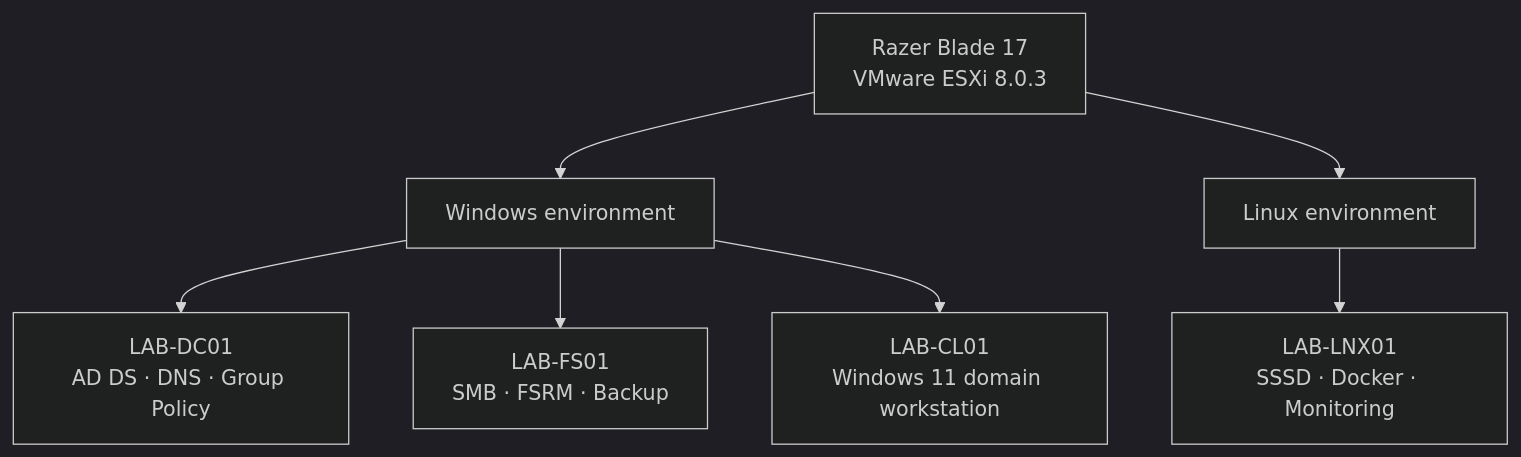
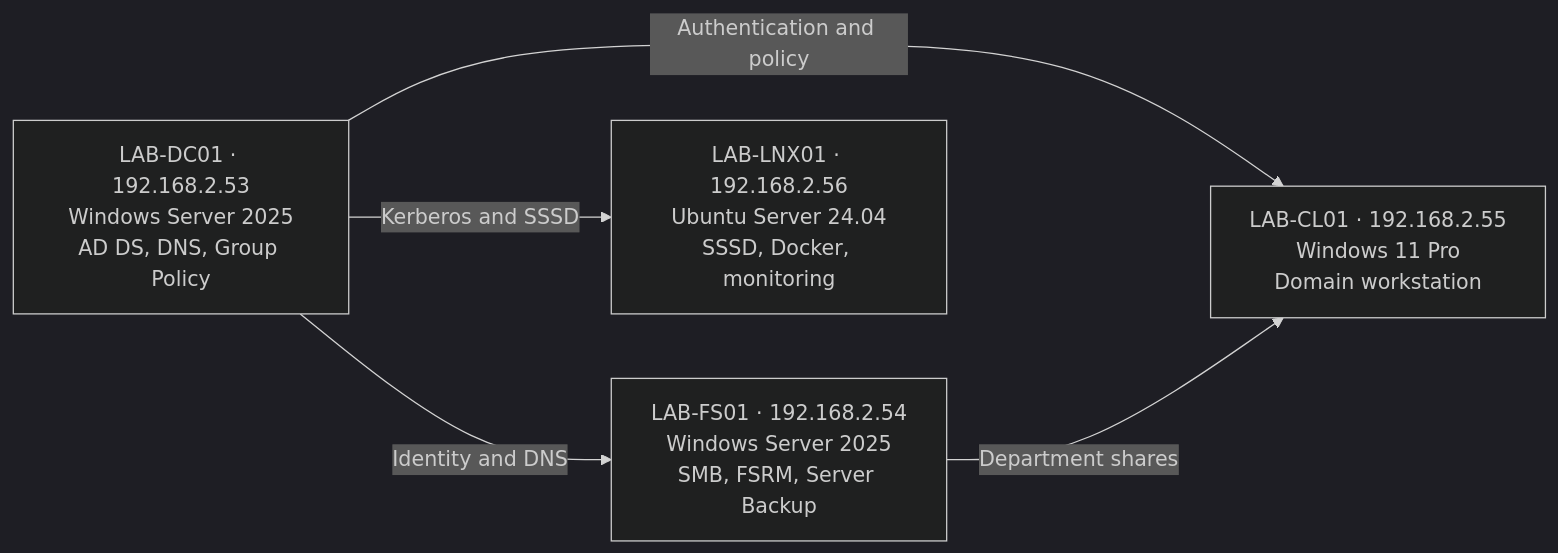
The first of 2 diagrams in README.md (apelpapa/ABELLAB-Infrastructure-Lab), drawn with Mermaid (dark theme) before and after one commit. The commit also changed other lines of this file, not shown here.

Commit message:
Refine architecture service diagrams

````diff
--- a/README.md
+++ b/README.md
@@ -21,17 +23,12 @@
 ```mermaid
-flowchart TB
-    H["Razer Blade 17<br/>VMware ESXi 8.0.3"]
-    W["Windows environment"]
-    L["Linux environment"]
-    DC["LAB-DC01<br/>AD DS · DNS · Group Policy"]
-    FS["LAB-FS01<br/>SMB · FSRM · Backup"]
-    CL["LAB-CL01<br/>Windows 11 domain workstation"]
-    LN["LAB-LNX01<br/>SSSD · Docker · Monitoring"]
+flowchart LR
+    DC["LAB-DC01 · 192.168.2.53<br/>Windows Server 2025<br/>AD DS, DNS, Group Policy"]
+    FS["LAB-FS01 · 192.168.2.54<br/>Windows Server 2025<br/>SMB, FSRM, Server Backup"]
+    CL["LAB-CL01 · 192.168.2.55<br/>Windows 11 Pro<br/>Domain workstation"]
+    LN["LAB-LNX01 · 192.168.2.56<br/>Ubuntu Server 24.04<br/>SSSD, Docker, monitoring"]
 
-    H --> W
-    H --> L
-    W --> DC
-    W --> FS
-    W --> CL
-    L --> LN
+    DC -->|"Identity and DNS"| FS
+    DC -->|"Authentication and policy"| CL
+    DC -->|"Kerberos and SSSD"| LN
+    FS -->|"Department shares"| CL
 ```
````
